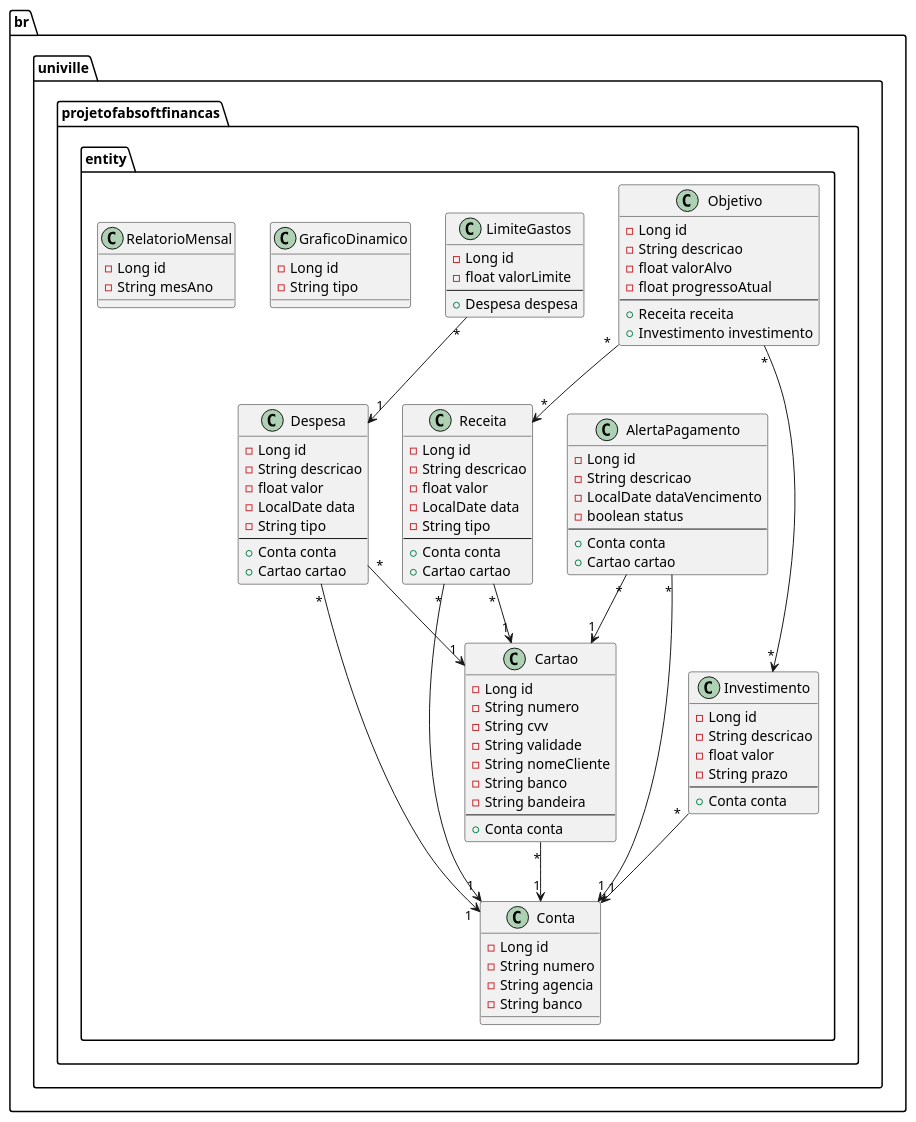
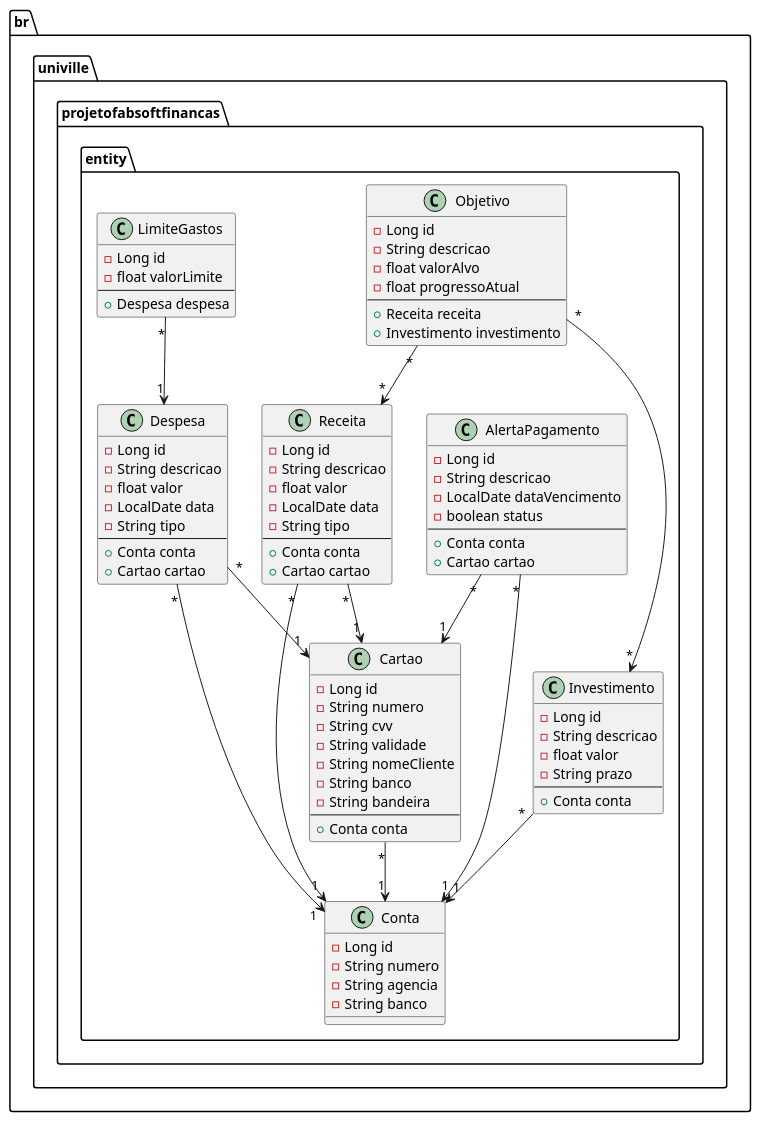
One commit to Th3FIa5h/fabsofta-Mateus-Nikolas changed the diagram in diagramas/classes.puml. Above: the diagram before and after it, drawn with PlantUML. The commit also changed 15 other files, not shown here.

```diff
--- a/diagramas/classes.puml
+++ b/diagramas/classes.puml
@@ -1,101 +1,91 @@
 @startuml
 package br.univille.projetofabsoftfinancas.entity {
     class Receita {
         - Long id
         - String descricao
         - float valor
         - LocalDate data
         - String tipo
         --
         + Conta conta
         + Cartao cartao
     }
 
     class Despesa {
         - Long id
         - String descricao
         - float valor
         - LocalDate data
         - String tipo
         --
         + Conta conta
         + Cartao cartao
     }
 
     class Conta {
         - Long id
         - String numero
         - String agencia
         - String banco
     }
 
     class Cartao {
         - Long id
         - String numero
         - String cvv
         - String validade
         - String nomeCliente
         - String banco
         - String bandeira
         --
         + Conta conta
     }
 
     class Investimento {
         - Long id
         - String descricao
         - float valor
         - String prazo
         --
         + Conta conta
     }
 
     class AlertaPagamento {
         - Long id
         - String descricao
         - LocalDate dataVencimento
         - boolean status
         --
         + Conta conta
         + Cartao cartao
     }
 
     class Objetivo {
         - Long id
         - String descricao
         - float valorAlvo
         - float progressoAtual
         --
         + Receita receita
         + Investimento investimento
     }
 
     class LimiteGastos {
         - Long id
         - float valorLimite
         --
         + Despesa despesa
     }
 
-    class GraficoDinamico {
-        - Long id
-        - String tipo
-    }
-
-    class RelatorioMensal {
-        - Long id
-        - String mesAno
-    }
-
     Receita "*" --> "1" Conta 
     Receita "*" --> "1" Cartao 
     Despesa "*" --> "1" Conta 
     Despesa "*" --> "1" Cartao 
     Cartao "*" --> "1" Conta 
     Investimento "*" --> "1" Conta 
     AlertaPagamento "*" --> "1" Conta 
     AlertaPagamento "*" --> "1" Cartao 
     Objetivo "*" --> "*" Receita 
     Objetivo "*" --> "*" Investimento 
     LimiteGastos "*" --> "1" Despesa
 @enduml
```
